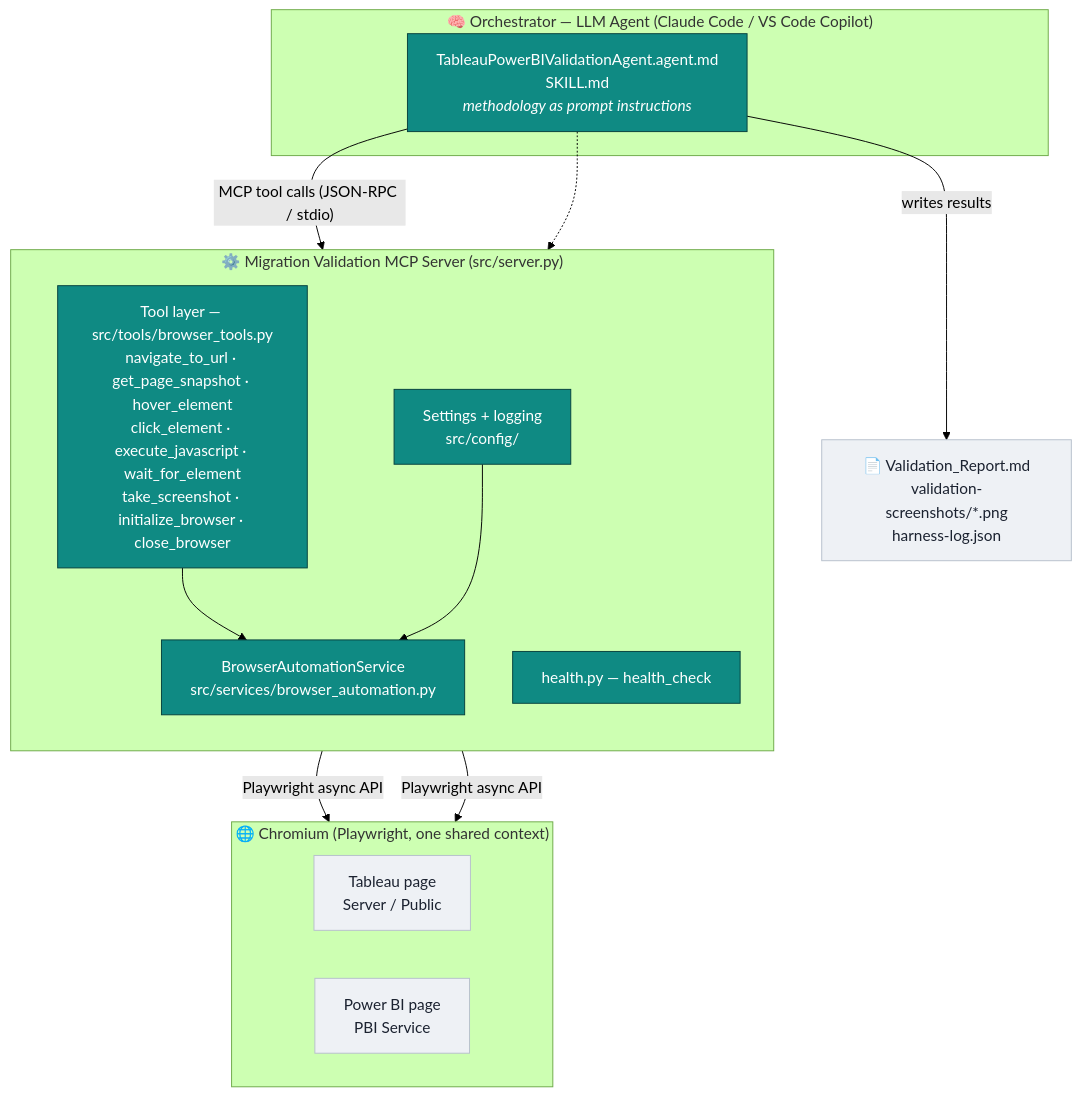
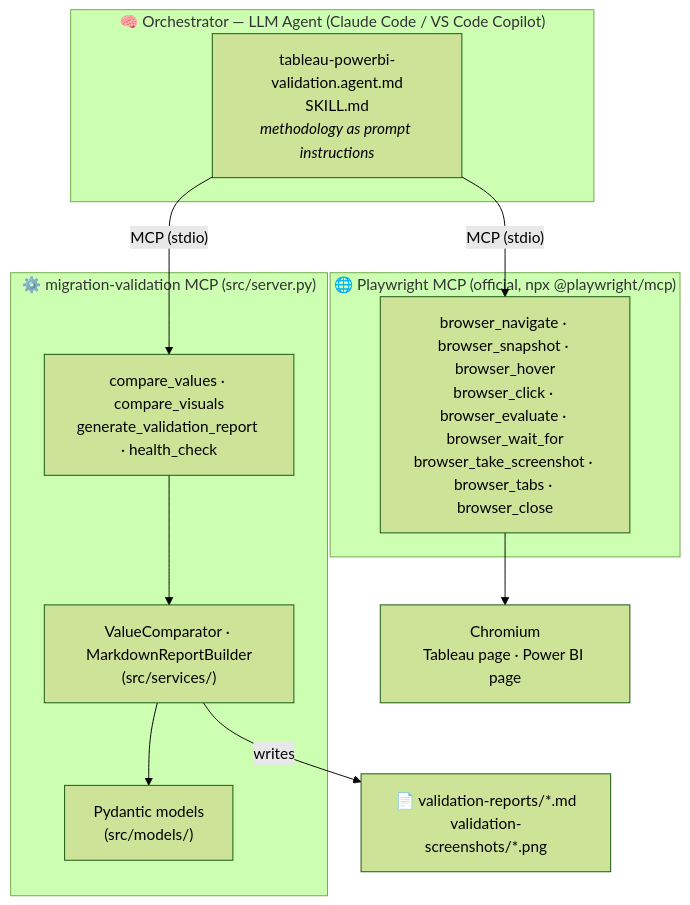
One commit to tanveers-maqsoftware/migration-validation-agent changed the first of 2 diagrams in migration-validation-mcp/ARCHITECTURE.md. Above: the diagram before and after it, drawn with Mermaid (forest theme). The commit also changed other lines of this file and 29 other files, not shown here.

````diff
--- a/migration-validation-mcp/ARCHITECTURE.md
+++ b/migration-validation-mcp/ARCHITECTURE.md
@@ -21,35 +17,25 @@
 ```mermaid
 flowchart TB
     subgraph ORCH["🧠 Orchestrator — LLM Agent (Claude Code / VS Code Copilot)"]
-        AGENT["TableauPowerBIValidationAgent.agent.md<br/>SKILL.md<br/><i>methodology as prompt instructions</i>"]
+        AGENT["tableau-powerbi-validation.agent.md<br/>SKILL.md<br/><i>methodology as prompt instructions</i>"]
     end
 
-    subgraph MCP["⚙️ Migration Validation MCP Server (src/server.py)"]
-        direction TB
-        TOOLS["Tool layer — src/tools/browser_tools.py<br/>navigate_to_url · get_page_snapshot · hover_element<br/>click_element · execute_javascript · wait_for_element<br/>take_screenshot · initialize_browser · close_browser"]
-        HEALTH["health.py — health_check"]
-        SVC["BrowserAutomationService<br/>src/services/browser_automation.py"]
-        CFG["Settings + logging<br/>src/config/"]
+    subgraph PWMCP["🌐 Playwright MCP (official, npx @playwright/mcp)"]
+        PWTOOLS["browser_navigate · browser_snapshot · browser_hover<br/>browser_click · browser_evaluate · browser_wait_for<br/>browser_take_screenshot · browser_tabs · browser_close"]
     end
 
-    subgraph BROWSER["🌐 Chromium (Playwright, one shared context)"]
-        direction LR
-        TAB["Tableau page<br/>Server / Public"]
-        PBI["Power BI page<br/>PBI Service"]
+    subgraph MCP["⚙️ migration-validation MCP (src/server.py)"]
+        TOOLS["compare_values · compare_visuals<br/>generate_validation_report · health_check"]
+        SVC["ValueComparator · MarkdownReportBuilder<br/>(src/services/)"]
+        MODELS["Pydantic models<br/>(src/models/)"]
     end
 
-    REPORT["📄 Validation_Report.md<br/>validation-screenshots/*.png<br/>harness-log.json"]
+    BROWSER["Chromium<br/>Tableau page · Power BI page"]
+    REPORT["📄 validation-reports/*.md<br/>validation-screenshots/*.png"]
 
-    AGENT -- "MCP tool calls (JSON-RPC / stdio)" --> TOOLS
-    AGENT -.-> HEALTH
-    TOOLS --> SVC
-    CFG --> SVC
-    SVC -- "Playwright async API" --> TAB
-    SVC -- "Playwright async API" --> PBI
-    AGENT -- "writes results" --> REPORT
-
-    classDef built fill:#0f8a83,stroke:#06413d,color:#fff;
-    classDef server fill:#eef1f5,stroke:#b7c0cc,color:#1b2230;
-    class TOOLS,HEALTH,SVC,CFG,AGENT built;
-    class TAB,PBI,REPORT server;
+    AGENT -- "MCP (stdio)" --> PWTOOLS
+    AGENT -- "MCP (stdio)" --> TOOLS
+    PWTOOLS --> BROWSER
+    TOOLS --> SVC --> MODELS
+    SVC -- writes --> REPORT
 ```
````
